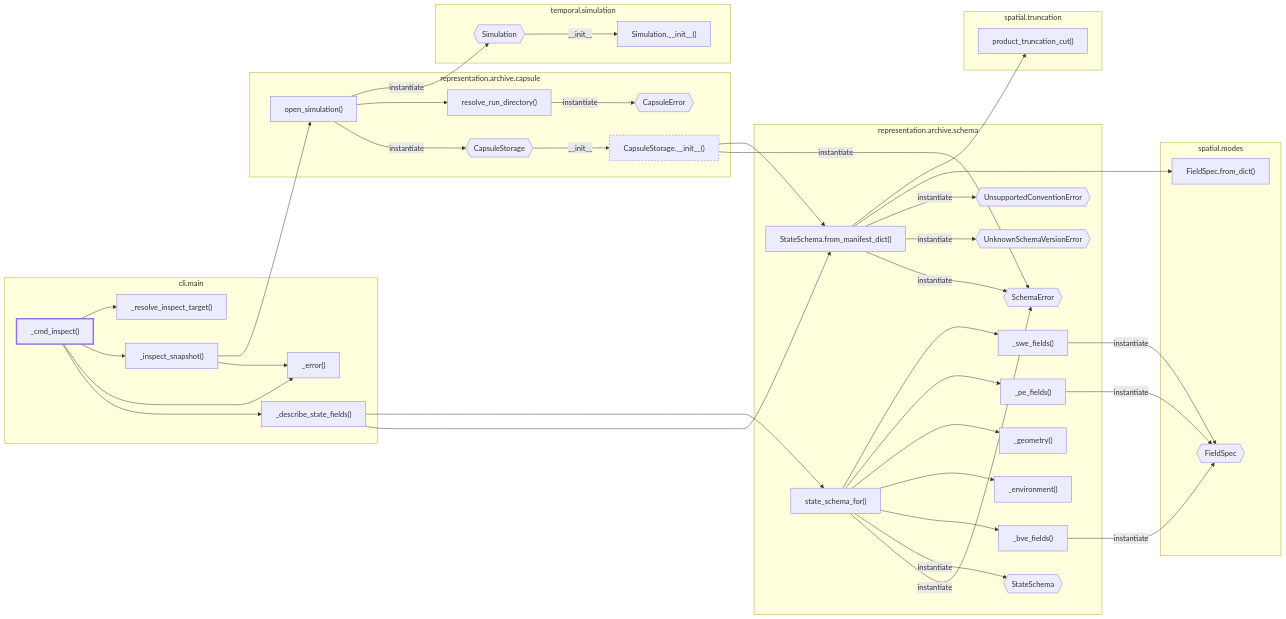
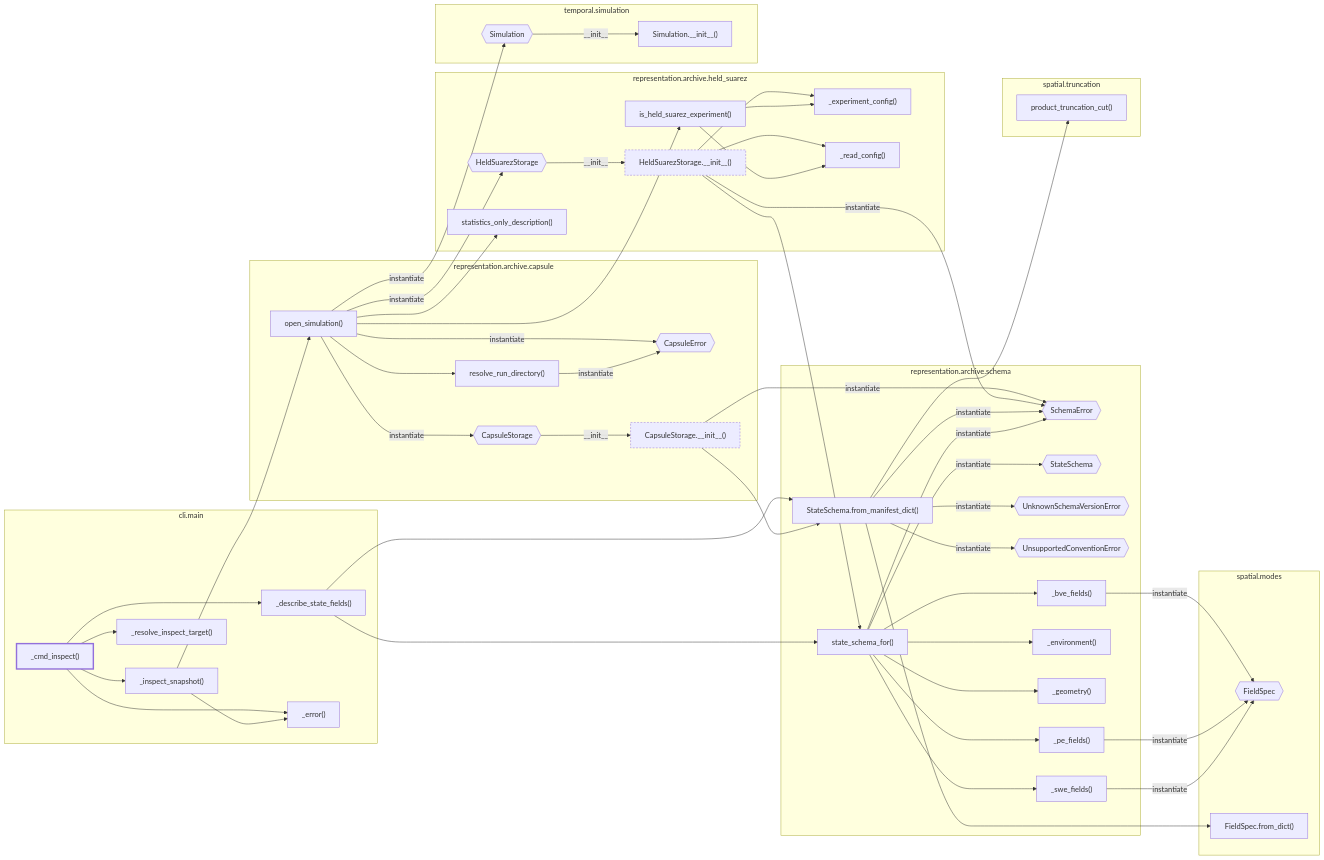
Before and after one commit to AlexandreEros/Palintropos: the diagram in docs/architecture/current/calls/cli-inspect.mmd, drawn with Mermaid. The commit also changed 33 other files, not shown here.

```diff
--- a/docs/architecture/current/calls/cli-inspect.mmd
+++ b/docs/architecture/current/calls/cli-inspect.mmd
@@ -1,76 +1,96 @@
 %% Generated by tools.architecture 1.0.0. Do not edit by hand.
 %% Static call graph from tropoi.cli.main._cmd_inspect, depth <= 4. Solid: call/instantiate/__init__/super. Dashed: self-dispatch and possible overrides. Dashed border: node with further calls beyond the depth cut.
 flowchart LR
     subgraph g_tropoi_ocli_omain["cli.main"]
         n_tropoi_ocli_omain_o__cmd__inspect["_cmd_inspect()"]
         n_tropoi_ocli_omain_o__describe__state__fields["_describe_state_fields()"]
         n_tropoi_ocli_omain_o__error["_error()"]
         n_tropoi_ocli_omain_o__inspect__snapshot["_inspect_snapshot()"]
         n_tropoi_ocli_omain_o__resolve__inspect__target["_resolve_inspect_target()"]
     end
     subgraph g_tropoi_orepresentation_oarchive_ocapsule["representation.archive.capsule"]
         n_tropoi_orepresentation_oarchive_ocapsule_oCapsuleError{{"CapsuleError"}}
         n_tropoi_orepresentation_oarchive_ocapsule_oCapsuleStorage{{"CapsuleStorage"}}
         n_tropoi_orepresentation_oarchive_ocapsule_oCapsuleStorage_o____init____["CapsuleStorage.__init__()"]
         n_tropoi_orepresentation_oarchive_ocapsule_oopen__simulation["open_simulation()"]
         n_tropoi_orepresentation_oarchive_ocapsule_oresolve__run__directory["resolve_run_directory()"]
+    end
+    subgraph g_tropoi_orepresentation_oarchive_oheld__suarez["representation.archive.held_suarez"]
+        n_tropoi_orepresentation_oarchive_oheld__suarez_oHeldSuarezStorage{{"HeldSuarezStorage"}}
+        n_tropoi_orepresentation_oarchive_oheld__suarez_oHeldSuarezStorage_o____init____["HeldSuarezStorage.__init__()"]
+        n_tropoi_orepresentation_oarchive_oheld__suarez_o__experiment__config["_experiment_config()"]
+        n_tropoi_orepresentation_oarchive_oheld__suarez_o__read__config["_read_config()"]
+        n_tropoi_orepresentation_oarchive_oheld__suarez_ois__held__suarez__experiment["is_held_suarez_experiment()"]
+        n_tropoi_orepresentation_oarchive_oheld__suarez_ostatistics__only__description["statistics_only_description()"]
     end
     subgraph g_tropoi_orepresentation_oarchive_oschema["representation.archive.schema"]
         n_tropoi_orepresentation_oarchive_oschema_oSchemaError{{"SchemaError"}}
         n_tropoi_orepresentation_oarchive_oschema_oStateSchema{{"StateSchema"}}
         n_tropoi_orepresentation_oarchive_oschema_oStateSchema_ofrom__manifest__dict["StateSchema.from_manifest_dict()"]
         n_tropoi_orepresentation_oarchive_oschema_oUnknownSchemaVersionError{{"UnknownSchemaVersionError"}}
         n_tropoi_orepresentation_oarchive_oschema_oUnsupportedConventionError{{"UnsupportedConventionError"}}
         n_tropoi_orepresentation_oarchive_oschema_o__bve__fields["_bve_fields()"]
         n_tropoi_orepresentation_oarchive_oschema_o__environment["_environment()"]
         n_tropoi_orepresentation_oarchive_oschema_o__geometry["_geometry()"]
         n_tropoi_orepresentation_oarchive_oschema_o__pe__fields["_pe_fields()"]
         n_tropoi_orepresentation_oarchive_oschema_o__swe__fields["_swe_fields()"]
         n_tropoi_orepresentation_oarchive_oschema_ostate__schema__for["state_schema_for()"]
     end
     subgraph g_tropoi_ospatial_omodes["spatial.modes"]
         n_tropoi_ospatial_omodes_oFieldSpec{{"FieldSpec"}}
         n_tropoi_ospatial_omodes_oFieldSpec_ofrom__dict["FieldSpec.from_dict()"]
     end
     subgraph g_tropoi_ospatial_otruncation["spatial.truncation"]
         n_tropoi_ospatial_otruncation_oproduct__truncation__cut["product_truncation_cut()"]
     end
     subgraph g_tropoi_otemporal_osimulation["temporal.simulation"]
         n_tropoi_otemporal_osimulation_oSimulation{{"Simulation"}}
         n_tropoi_otemporal_osimulation_oSimulation_o____init____["Simulation.__init__()"]
     end
     n_tropoi_ocli_omain_o__cmd__inspect --> n_tropoi_ocli_omain_o__describe__state__fields
     n_tropoi_ocli_omain_o__cmd__inspect --> n_tropoi_ocli_omain_o__error
     n_tropoi_ocli_omain_o__cmd__inspect --> n_tropoi_ocli_omain_o__inspect__snapshot
     n_tropoi_ocli_omain_o__cmd__inspect --> n_tropoi_ocli_omain_o__resolve__inspect__target
     n_tropoi_ocli_omain_o__describe__state__fields --> n_tropoi_orepresentation_oarchive_oschema_oStateSchema_ofrom__manifest__dict
     n_tropoi_ocli_omain_o__describe__state__fields --> n_tropoi_orepresentation_oarchive_oschema_ostate__schema__for
     n_tropoi_ocli_omain_o__inspect__snapshot --> n_tropoi_ocli_omain_o__error
     n_tropoi_ocli_omain_o__inspect__snapshot --> n_tropoi_orepresentation_oarchive_ocapsule_oopen__simulation
     n_tropoi_orepresentation_oarchive_ocapsule_oCapsuleStorage -->|__init__| n_tropoi_orepresentation_oarchive_ocapsule_oCapsuleStorage_o____init____
     n_tropoi_orepresentation_oarchive_ocapsule_oCapsuleStorage_o____init____ -->|instantiate| n_tropoi_orepresentation_oarchive_oschema_oSchemaError
     n_tropoi_orepresentation_oarchive_ocapsule_oCapsuleStorage_o____init____ --> n_tropoi_orepresentation_oarchive_oschema_oStateSchema_ofrom__manifest__dict
+    n_tropoi_orepresentation_oarchive_ocapsule_oopen__simulation -->|instantiate| n_tropoi_orepresentation_oarchive_ocapsule_oCapsuleError
     n_tropoi_orepresentation_oarchive_ocapsule_oopen__simulation -->|instantiate| n_tropoi_orepresentation_oarchive_ocapsule_oCapsuleStorage
     n_tropoi_orepresentation_oarchive_ocapsule_oopen__simulation --> n_tropoi_orepresentation_oarchive_ocapsule_oresolve__run__directory
+    n_tropoi_orepresentation_oarchive_ocapsule_oopen__simulation -->|instantiate| n_tropoi_orepresentation_oarchive_oheld__suarez_oHeldSuarezStorage
+    n_tropoi_orepresentation_oarchive_ocapsule_oopen__simulation --> n_tropoi_orepresentation_oarchive_oheld__suarez_ois__held__suarez__experiment
+    n_tropoi_orepresentation_oarchive_ocapsule_oopen__simulation --> n_tropoi_orepresentation_oarchive_oheld__suarez_ostatistics__only__description
     n_tropoi_orepresentation_oarchive_ocapsule_oopen__simulation -->|instantiate| n_tropoi_otemporal_osimulation_oSimulation
     n_tropoi_orepresentation_oarchive_ocapsule_oresolve__run__directory -->|instantiate| n_tropoi_orepresentation_oarchive_ocapsule_oCapsuleError
+    n_tropoi_orepresentation_oarchive_oheld__suarez_oHeldSuarezStorage -->|__init__| n_tropoi_orepresentation_oarchive_oheld__suarez_oHeldSuarezStorage_o____init____
+    n_tropoi_orepresentation_oarchive_oheld__suarez_oHeldSuarezStorage_o____init____ --> n_tropoi_orepresentation_oarchive_oheld__suarez_o__experiment__config
+    n_tropoi_orepresentation_oarchive_oheld__suarez_oHeldSuarezStorage_o____init____ --> n_tropoi_orepresentation_oarchive_oheld__suarez_o__read__config
+    n_tropoi_orepresentation_oarchive_oheld__suarez_oHeldSuarezStorage_o____init____ -->|instantiate| n_tropoi_orepresentation_oarchive_oschema_oSchemaError
+    n_tropoi_orepresentation_oarchive_oheld__suarez_oHeldSuarezStorage_o____init____ --> n_tropoi_orepresentation_oarchive_oschema_ostate__schema__for
+    n_tropoi_orepresentation_oarchive_oheld__suarez_ois__held__suarez__experiment --> n_tropoi_orepresentation_oarchive_oheld__suarez_o__experiment__config
+    n_tropoi_orepresentation_oarchive_oheld__suarez_ois__held__suarez__experiment --> n_tropoi_orepresentation_oarchive_oheld__suarez_o__read__config
     n_tropoi_orepresentation_oarchive_oschema_oStateSchema_ofrom__manifest__dict -->|instantiate| n_tropoi_orepresentation_oarchive_oschema_oSchemaError
     n_tropoi_orepresentation_oarchive_oschema_oStateSchema_ofrom__manifest__dict -->|instantiate| n_tropoi_orepresentation_oarchive_oschema_oUnknownSchemaVersionError
     n_tropoi_orepresentation_oarchive_oschema_oStateSchema_ofrom__manifest__dict -->|instantiate| n_tropoi_orepresentation_oarchive_oschema_oUnsupportedConventionError
     n_tropoi_orepresentation_oarchive_oschema_oStateSchema_ofrom__manifest__dict --> n_tropoi_ospatial_omodes_oFieldSpec_ofrom__dict
     n_tropoi_orepresentation_oarchive_oschema_oStateSchema_ofrom__manifest__dict --> n_tropoi_ospatial_otruncation_oproduct__truncation__cut
     n_tropoi_orepresentation_oarchive_oschema_o__bve__fields -->|instantiate| n_tropoi_ospatial_omodes_oFieldSpec
     n_tropoi_orepresentation_oarchive_oschema_o__pe__fields -->|instantiate| n_tropoi_ospatial_omodes_oFieldSpec
     n_tropoi_orepresentation_oarchive_oschema_o__swe__fields -->|instantiate| n_tropoi_ospatial_omodes_oFieldSpec
     n_tropoi_orepresentation_oarchive_oschema_ostate__schema__for -->|instantiate| n_tropoi_orepresentation_oarchive_oschema_oSchemaError
     n_tropoi_orepresentation_oarchive_oschema_ostate__schema__for -->|instantiate| n_tropoi_orepresentation_oarchive_oschema_oStateSchema
     n_tropoi_orepresentation_oarchive_oschema_ostate__schema__for --> n_tropoi_orepresentation_oarchive_oschema_o__bve__fields
     n_tropoi_orepresentation_oarchive_oschema_ostate__schema__for --> n_tropoi_orepresentation_oarchive_oschema_o__environment
     n_tropoi_orepresentation_oarchive_oschema_ostate__schema__for --> n_tropoi_orepresentation_oarchive_oschema_o__geometry
     n_tropoi_orepresentation_oarchive_oschema_ostate__schema__for --> n_tropoi_orepresentation_oarchive_oschema_o__pe__fields
     n_tropoi_orepresentation_oarchive_oschema_ostate__schema__for --> n_tropoi_orepresentation_oarchive_oschema_o__swe__fields
     n_tropoi_otemporal_osimulation_oSimulation -->|__init__| n_tropoi_otemporal_osimulation_oSimulation_o____init____
     classDef root stroke-width:3px
     classDef truncated stroke-dasharray:4 3
     class n_tropoi_ocli_omain_o__cmd__inspect root
     class n_tropoi_orepresentation_oarchive_ocapsule_oCapsuleStorage_o____init____ truncated
+    class n_tropoi_orepresentation_oarchive_oheld__suarez_oHeldSuarezStorage_o____init____ truncated
```
